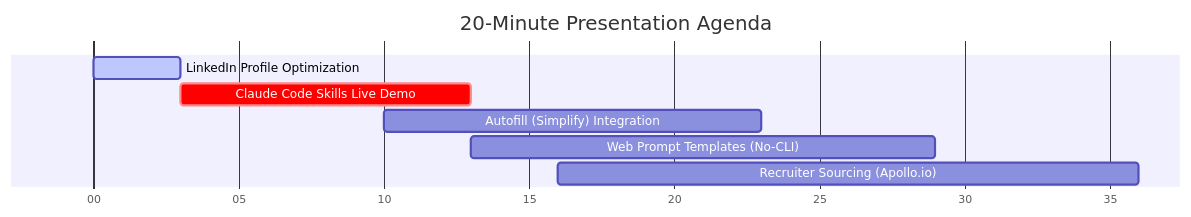
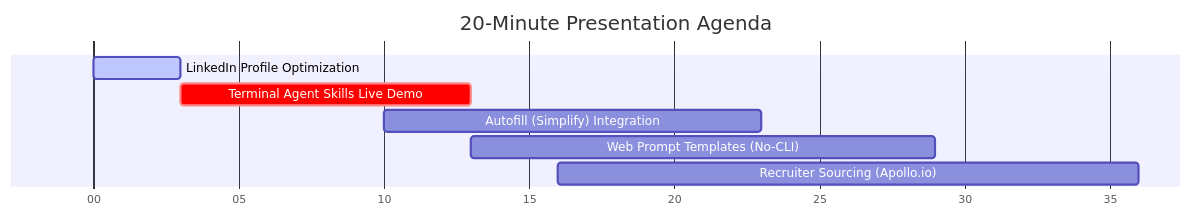
Before and after one commit to prk54/job-search-ai: the diagram in docs/DEMO_GUIDE.md, drawn with Mermaid. The commit also changed other lines of this file and 1 other file, not shown here.

Commit message:
chore: remove Claude references, generalized presentation to any LLM

````diff
--- a/docs/DEMO_GUIDE.md
+++ b/docs/DEMO_GUIDE.md
@@ -9,12 +9,12 @@
 ```mermaid
 gantt
     title 20-Minute Presentation Agenda
     dateFormat  m
     axisFormat %M
     
     LinkedIn Profile Optimization    :active, 0, 3m
-    Claude Code Skills Live Demo     :crit, 3, 10m
+    Terminal Agent Skills Live Demo  :crit, 3, 10m
     Autofill (Simplify) Integration  : 10, 13m
     Web Prompt Templates (No-CLI)    : 13, 16m
     Recruiter Sourcing (Apollo.io)   : 16, 20m
 ```
````
